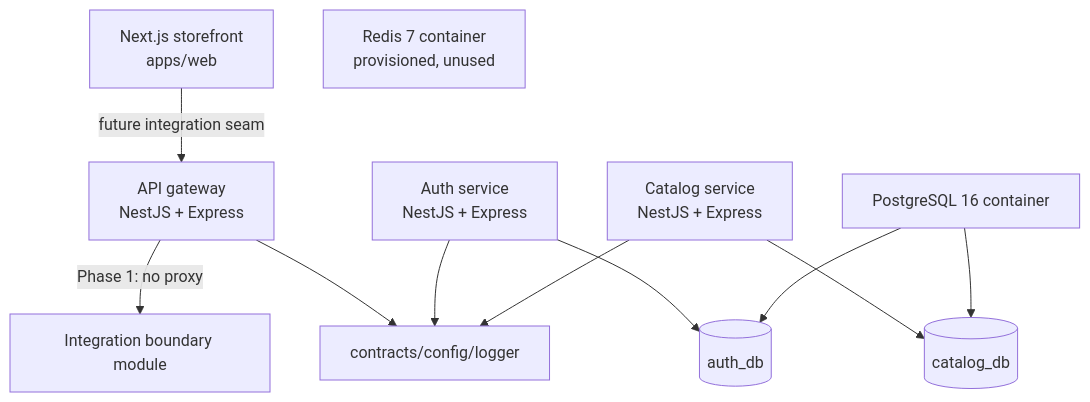
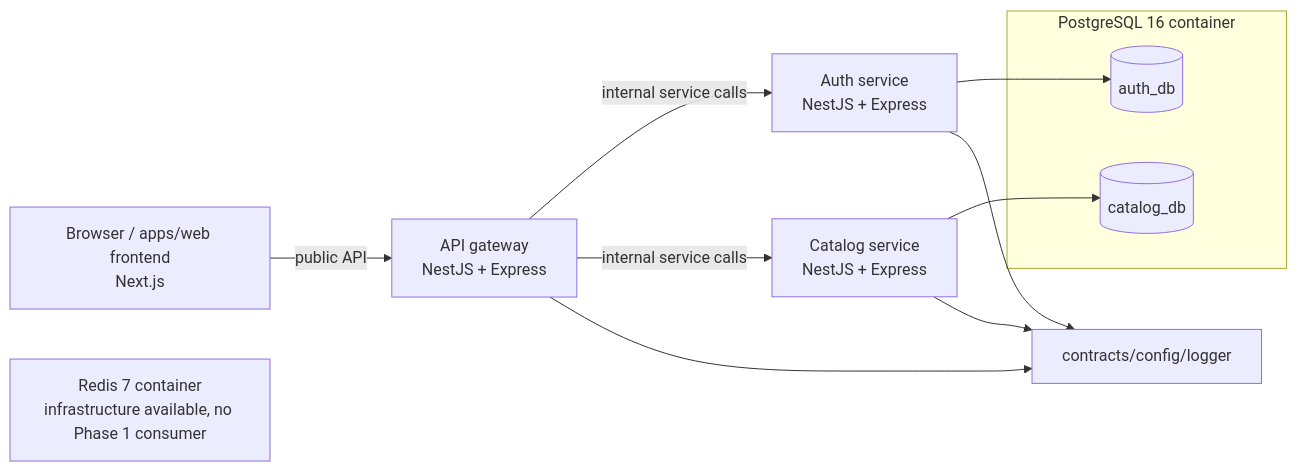
Before and after one commit to kevinsrb/NexoCommerce: the diagram in docs/architecture/phase-1.md, drawn with Mermaid. The commit also changed other lines of this file and 1 other file, not shown here.

Commit message:
docs: update Phase 1 architecture and README for API Gateway topology and service integration

````diff
--- a/docs/architecture/phase-1.md
+++ b/docs/architecture/phase-1.md
@@ -9,13 +9,18 @@
 ```mermaid
-flowchart TB
-  Web[Next.js storefront\napps/web] -->|future integration seam| Gateway[API gateway\nNestJS + Express]
-  Gateway -->|Phase 1: no proxy| Boundary[Integration boundary module]
-  Auth[Auth service\nNestJS + Express] --> AuthDB[(auth_db)]
-  Catalog[Catalog service\nNestJS + Express] --> CatalogDB[(catalog_db)]
-  PG[PostgreSQL 16 container] --> AuthDB
-  PG --> CatalogDB
-  Redis[Redis 7 container\nprovisioned, unused]
+flowchart LR
+  Client[Browser / apps/web frontend\nNext.js] -->|public API| Gateway[API gateway\nNestJS + Express]
+  Gateway -->|internal service calls| Auth[Auth service\nNestJS + Express]
+  Gateway -->|internal service calls| Catalog[Catalog service\nNestJS + Express]
+
+  subgraph PG[PostgreSQL 16 container]
+    AuthDB[(auth_db)]
+    CatalogDB[(catalog_db)]
+  end
+
+  Auth --> AuthDB
+  Catalog --> CatalogDB
+  Redis[Redis 7 container\ninfrastructure available, no Phase 1 consumer]
   Gateway --> Shared[contracts/config/logger]
   Auth --> Shared
   Catalog --> Shared
 ```
````
